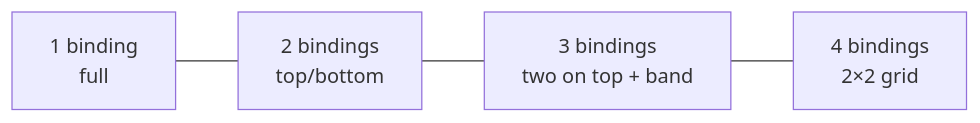
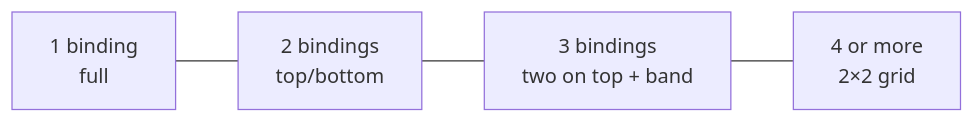
Before and after one commit to Alexkill536ITA/ForgeModpack: the third of 3 diagrams in docs/en/technical/08-keybinds.md, drawn with Mermaid. The commit also changed other lines of this file and 47 other files, not shown here.

````diff
--- a/docs/en/technical/08-keybinds.md
+++ b/docs/en/technical/08-keybinds.md
@@ -80,4 +152,4 @@
 ```mermaid
 graph LR
-    B1["1 binding<br/>full"] --- B2["2 bindings<br/>top/bottom"] --- B3["3 bindings<br/>two on top + band"] --- B4["4 bindings<br/>2×2 grid"]
+    B1["1 binding<br/>full"] --- B2["2 bindings<br/>top/bottom"] --- B3["3 bindings<br/>two on top + band"] --- B4["4 or more<br/>2×2 grid"]
 ```
````
